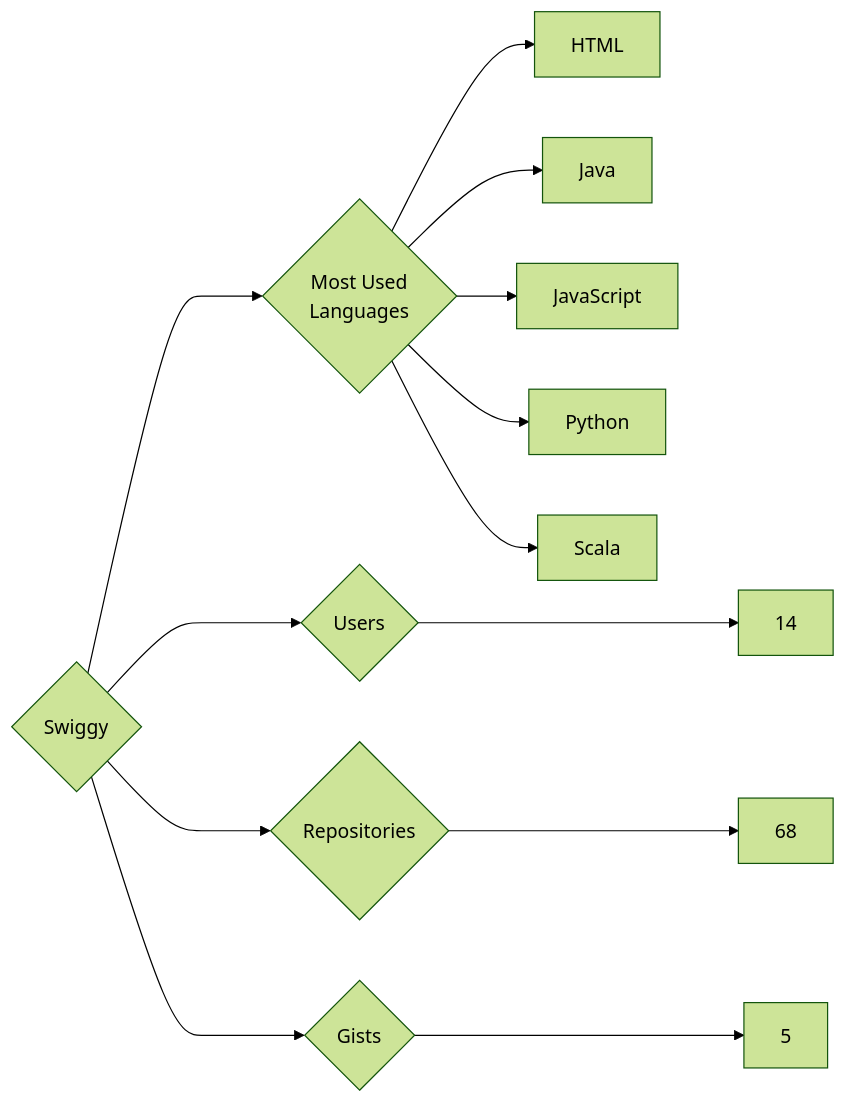
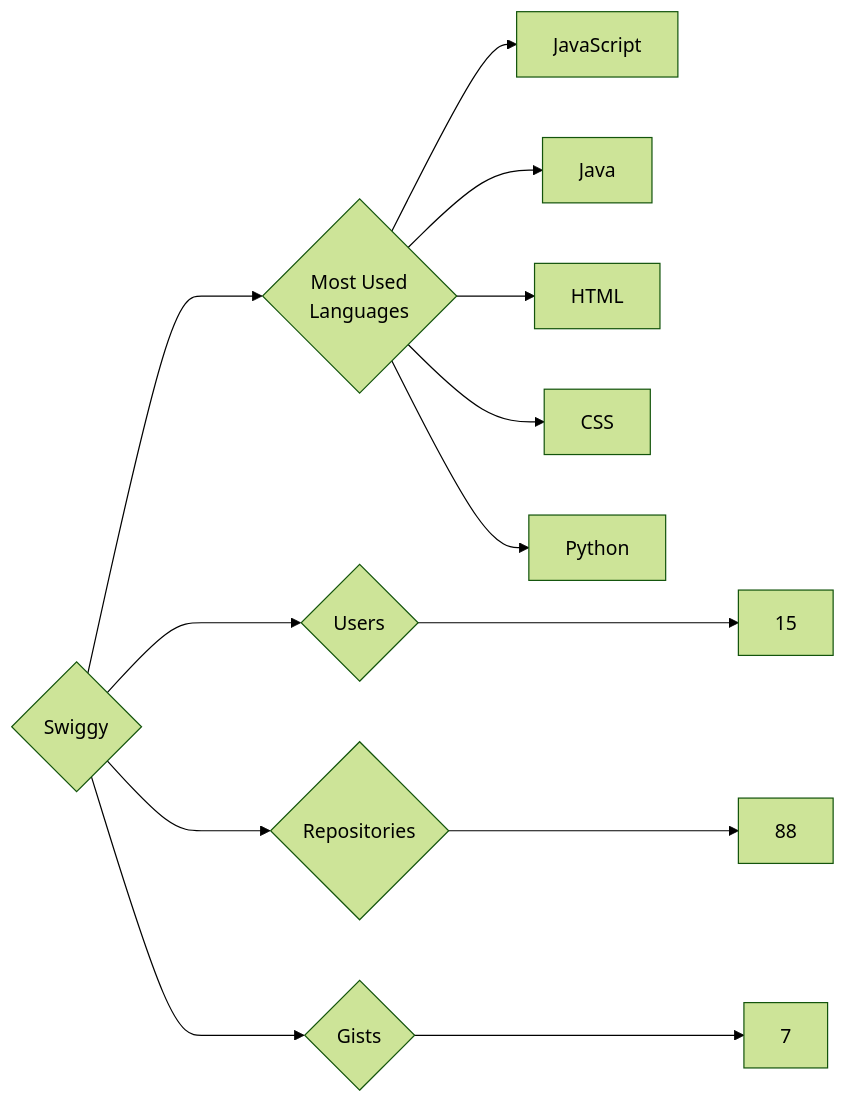
Before and after one commit to trickest/insiders: the diagram in targets/Swiggy/README.md, drawn with Mermaid (forest theme). The commit also changed 964 other files, not shown here.

````diff
--- a/targets/Swiggy/README.md
+++ b/targets/Swiggy/README.md
@@ -3,13 +3,13 @@
 ```mermaid
 graph LR
 COMPANY_NAME{Swiggy}
-COMPANY_NAME ---> U{Users} ---> UN[14]
-COMPANY_NAME ---> R{Repositories} ---> RN[68]
-COMPANY_NAME ---> G{Gists} ---> GN[5]
+COMPANY_NAME ---> U{Users} ---> UN[15]
+COMPANY_NAME ---> R{Repositories} ---> RN[88]
+COMPANY_NAME ---> G{Gists} ---> GN[7]
 COMPANY_NAME ---> ML{Most Used<br>Languages}
+ML --> JavaScript[JavaScript]
+ML --> Java[Java]
 ML --> HTML[HTML]
-ML --> Java[Java]
-ML --> JavaScript[JavaScript]
+ML --> CSS[CSS]
 ML --> Python[Python]
-ML --> Scala[Scala]
 ```
````
